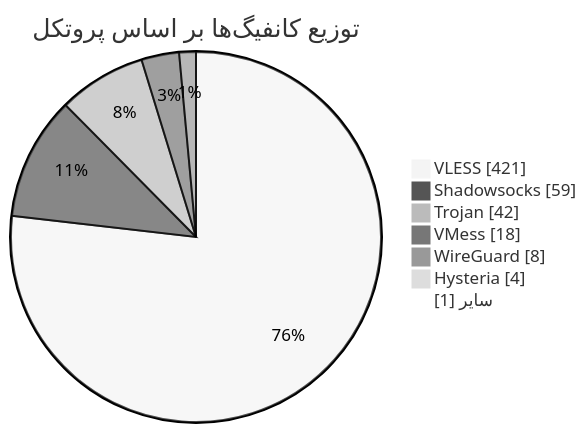
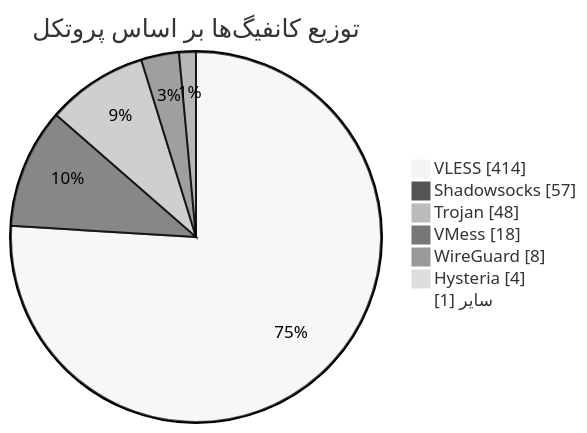
Before and after one commit to Arian-Alijani/Somthing: the diagram in README.md, drawn with Mermaid (neutral theme). The commit also changed other lines of this file and 15 other files, not shown here.

````diff
--- a/README.md
+++ b/README.md
@@ -49,11 +49,11 @@
 ```mermaid
 pie showData
     title توزیع کانفیگ‌ها بر اساس پروتکل
-    "VLESS" : 421
-    "Shadowsocks" : 59
-    "Trojan" : 42
+    "VLESS" : 414
+    "Shadowsocks" : 57
+    "Trojan" : 48
     "VMess" : 18
     "WireGuard" : 8
     "Hysteria" : 4
     "سایر" : 1
 ```
````
